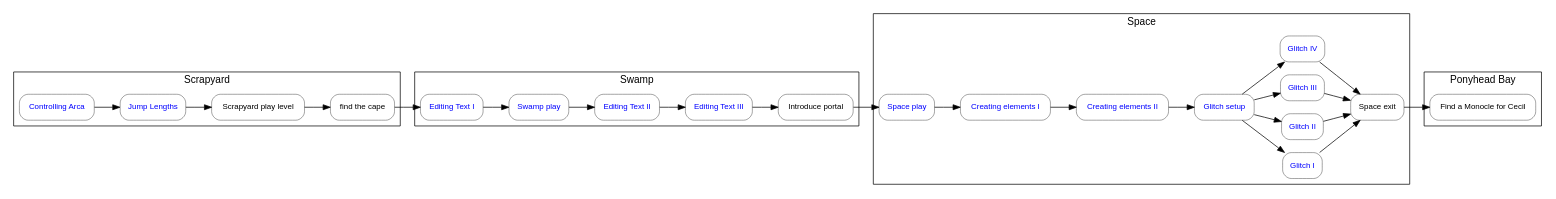
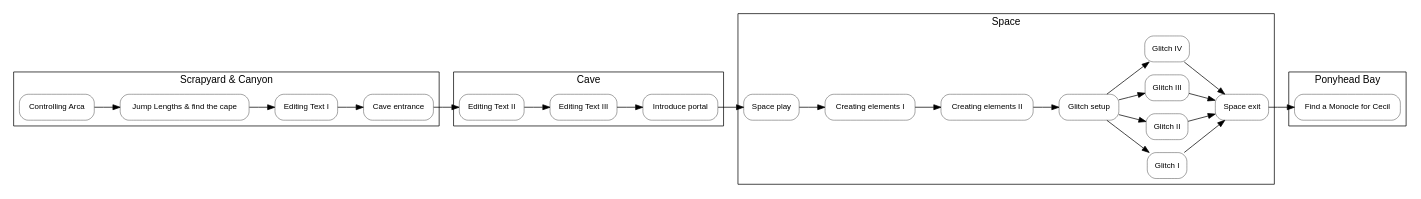
Before and after one commit to drumrollhq/eak-content: the diagram in scenes.dot, drawn with Graphviz. The commit also changed 2 other files, not shown here.

Commit message:
Update scene graph

```diff
--- a/scenes.dot
+++ b/scenes.dot
@@ -1,73 +1,52 @@
 digraph {
   // use $ dot -Tsvg -o scenes.svg scenes.dot
   // or  $ dot -Tpng -o scenes.png scenes.dot && open scenes.png
   graph[concentrate = true];
   graph[rankdir=LR];
   graph[fontsize = 14];
   graph[fontname = "Helvetica"];
   node[fontsize = 11];
   node[fontname = "Helvetica"];
   node[shape=rect, style=rounded];
   node[penwidth = 0.5];
   // edge[color="#808080"];
 
-  // Level links
-  node[fontcolor = "#0000FF"];
-  "Glitch I"[href="sections/03-html-basics/02-html-anatomy.md#level---glitch-i"]
-  "Controlling Arca"[href="sections/02-tutorial/01-control-arca.md"]
-  "Jump Lengths"[href="sections/02-tutorial/01-control-arca.md#level---jump-lengths"]
-  "Editing Text I"[href="sections/02-tutorial/03-editing-levels.md#level---editing-text-i"]
-  "Swamp play"[href="sections/02-tutorial/03-editing-levels.md#level---play"]
-  "Editing Text II"[href="sections/02-tutorial/03-editing-levels.md#level---editing-text-ii"]
-  "Editing Text III"[href="sections/02-tutorial/03-editing-levels.md#level---editing-text-iii"]
-  "Space play"[href="sections/03-html-basics/02-html-anatomy.md#level---play-i"]
-  "Creating elements I"[href="sections/03-html-basics/02-html-anatomy.md#level---creating-elements-i"]
-  "Creating elements II"[href="sections/03-html-basics/02-html-anatomy.md#level---creating-elements-ii"]
-  "Glitch setup"[href="sections/03-html-basics/02-html-anatomy.md#level---glitch-setup"]
-  "Glitch I"[href="sections/03-html-basics/02-html-anatomy.md#level---glitch-ii-iv"]
-  "Glitch II"[href="sections/03-html-basics/02-html-anatomy.md#level---glitch-ii-iv"]
-  "Glitch III"[href="sections/03-html-basics/02-html-anatomy.md#level---glitch-ii-iv"]
-  "Glitch IV"[href="sections/03-html-basics/02-html-anatomy.md#level---glitch-ii-iv"]
-  node[fontcolor = "#000000"];
-
   // Level and scene layout
   subgraph cluster_scrapyard {
-    label="Scrapyard"
+    label="Scrapyard & Canyon"
     "Controlling Arca"
-    -> "Jump Lengths"
-    -> "Scrapyard play level"
-    -> "find the cape"
+    -> "Jump Lengths & find the cape"
+    -> "Editing Text I"
+    -> "Cave entrance"
   }
 
-  subgraph cluster_swamp {
-    label = "Swamp"
-    "find the cape"
-    -> "Editing Text I"
-    -> "Swamp play"
+  subgraph cluster_cave {
+    label = "Cave"
+    "Cave entrance"
     -> "Editing Text II"
     -> "Editing Text III"
     -> "Introduce portal"
   }
 
   subgraph cluster_space {
     label = "Space"
     "Introduce portal"
     -> "Space play"
     -> "Creating elements I"
     -> "Creating elements II"
     -> "Glitch setup"
     -> {
       "Glitch I"
       "Glitch II"
       "Glitch III"
       "Glitch IV"
     }
     -> "Space exit"
   }
 
   subgraph cluster_pony_head_bay {
     label = "Ponyhead Bay"
     "Space exit"
     -> "Find a Monocle for Cecil"
   }
 }
```
